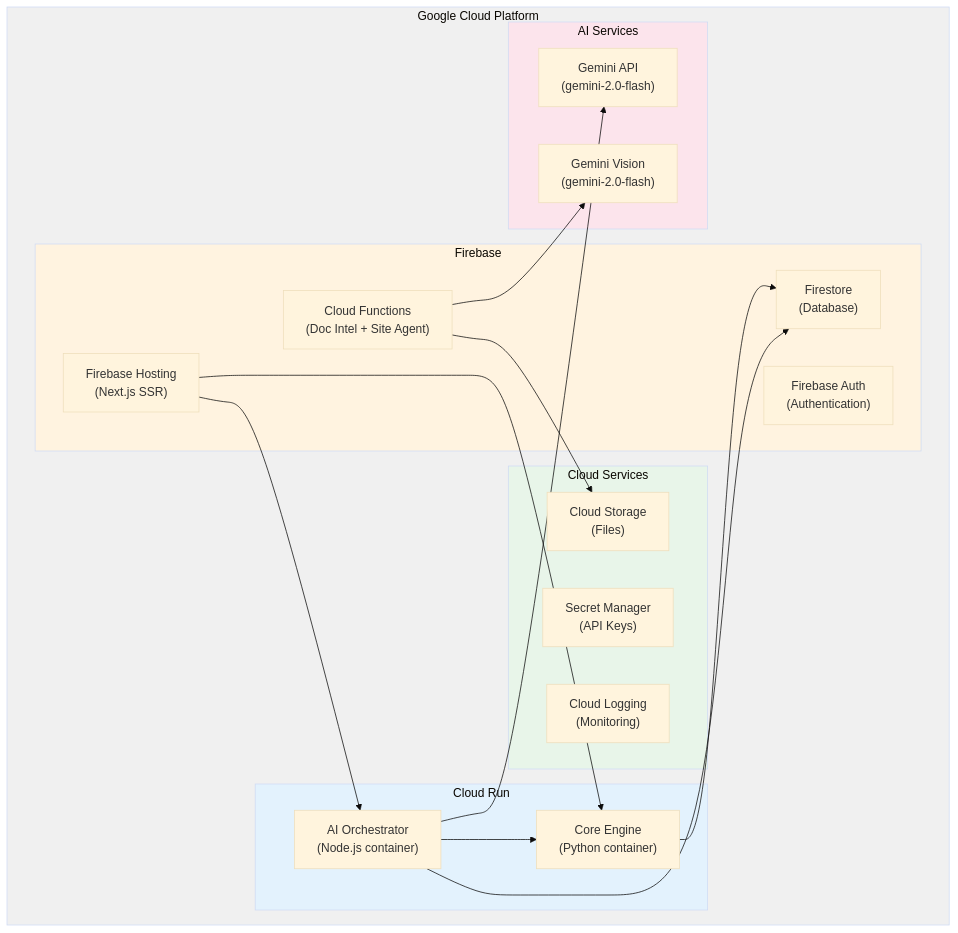
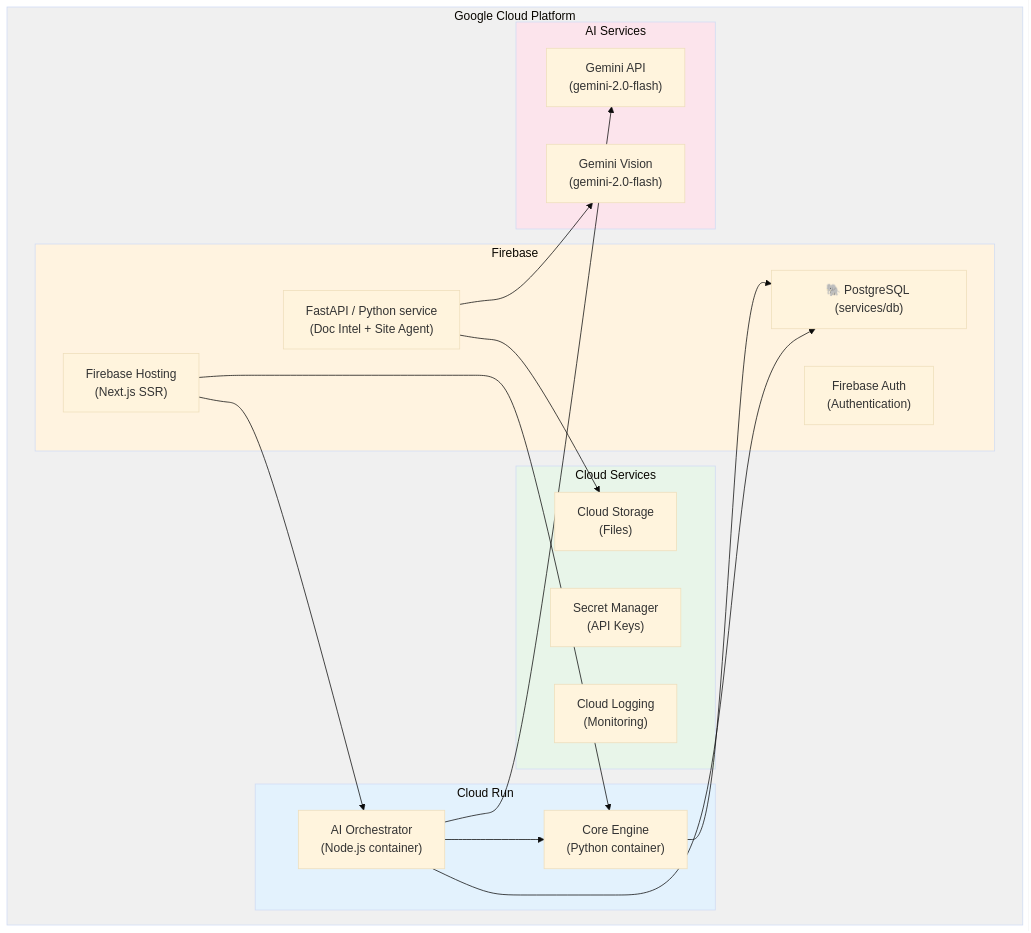
Before and after one commit to Wisnu8aji/paax-ai: the fourth of 5 diagrams in docs/architecture/system-overview.md, drawn with Mermaid (base theme). The commit also changed other lines of this file, not shown here.

Commit message:
docs(di): update system-overview.md architecture references

````diff
--- a/docs/architecture/system-overview.md
+++ b/docs/architecture/system-overview.md
@@ -263,42 +263,42 @@
 ```mermaid
 graph TB
     subgraph GCP["Google Cloud Platform"]
         subgraph CloudRun["Cloud Run"]
             CoreDeploy["Core Engine\n(Python container)"]
             OrchDeploy["AI Orchestrator\n(Node.js container)"]
         end
 
         subgraph Firebase["Firebase"]
             Hosting["Firebase Hosting\n(Next.js SSR)"]
-            Functions["Cloud Functions\n(Doc Intel + Site Agent)"]
-            FirestoreDB["Firestore\n(Database)"]
+            Functions["FastAPI / Python service\n(Doc Intel + Site Agent)"]
+            PostgresDB["🐘 PostgreSQL (services/db)"]
             Auth["Firebase Auth\n(Authentication)"]
         end
 
         subgraph CloudServices["Cloud Services"]
             Storage["Cloud Storage\n(Files)"]
             SecretMgr["Secret Manager\n(API Keys)"]
             Logging["Cloud Logging\n(Monitoring)"]
         end
 
         subgraph AI["AI Services"]
             GeminiAPI["Gemini API\n(gemini-2.0-flash)"]
             GeminiVision["Gemini Vision\n(gemini-2.0-flash)"]
         end
     end
 
     Hosting --> CoreDeploy
     Hosting --> OrchDeploy
     Functions --> Storage
     Functions --> GeminiVision
     OrchDeploy --> GeminiAPI
-    CoreDeploy --> FirestoreDB
-    OrchDeploy --> FirestoreDB
+    CoreDeploy --> PostgresDB
+    OrchDeploy --> PostgresDB
     OrchDeploy --> CoreDeploy
 
     style GCP fill:#f0f0f0
     style CloudRun fill:#e3f2fd
     style Firebase fill:#fff3e0
     style CloudServices fill:#e8f5e9
     style AI fill:#fce4ec
 ```
````
